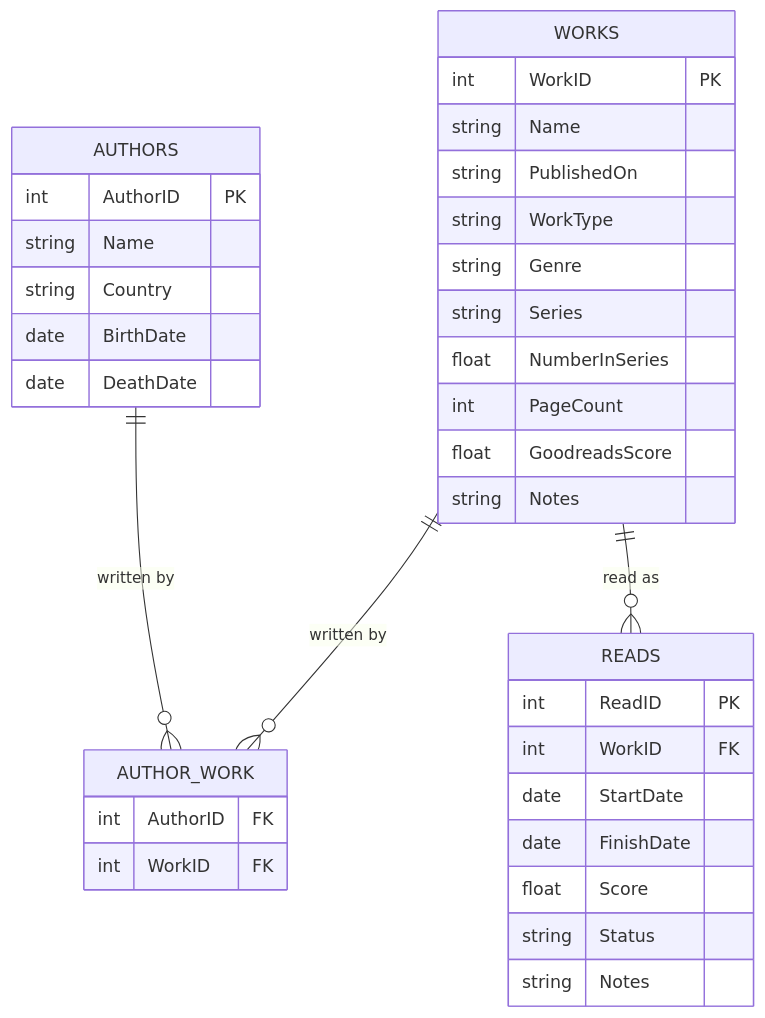
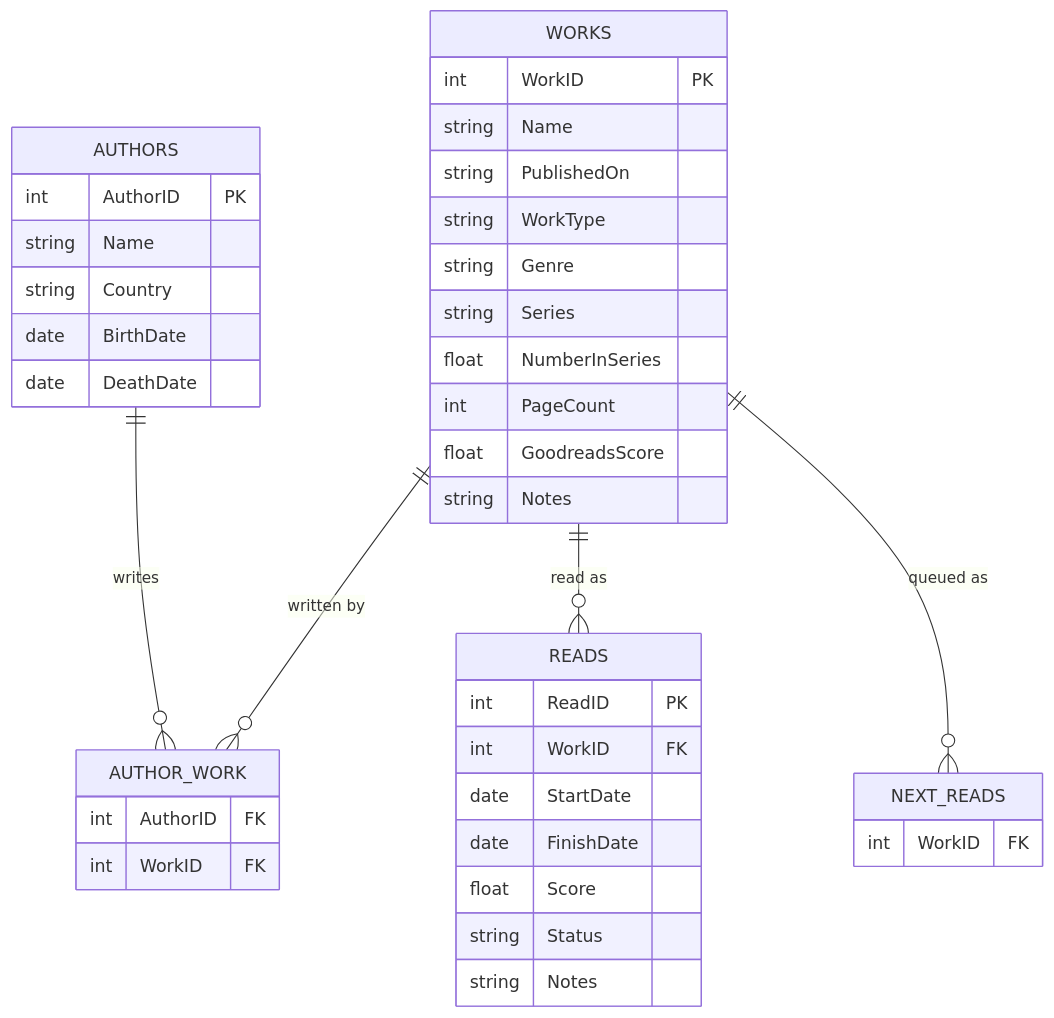
One commit to ffiza/reading-stats changed the diagram in README.md. Above: the diagram before and after it, drawn with Mermaid. The commit also changed other lines of this file, not shown here.

````diff
--- a/README.md
+++ b/README.md
@@ -38,42 +42,47 @@
 ```mermaid
 erDiagram
     AUTHORS {
         int AuthorID PK
         string Name
         string Country
         date BirthDate
         date DeathDate
     }
 
     WORKS {
         int WorkID PK
         string Name
         string PublishedOn
         string WorkType
         string Genre
         string Series
         float NumberInSeries
         int PageCount
         float GoodreadsScore
         string Notes
     }
 
     AUTHOR_WORK {
         int AuthorID FK
         int WorkID FK
     }
 
     READS {
         int ReadID PK
         int WorkID FK
         date StartDate
         date FinishDate
         float Score
         string Status
         string Notes
     }
 
-    AUTHORS ||--o{ AUTHOR_WORK : "written by"
+    NEXT_READS {
+        int WorkID FK
+    }
+
+    AUTHORS ||--o{ AUTHOR_WORK : "writes"
     WORKS ||--o{ AUTHOR_WORK : "written by"
     WORKS ||--o{ READS : "read as"
+    WORKS ||--o{ NEXT_READS : "queued as"
 ```
````
